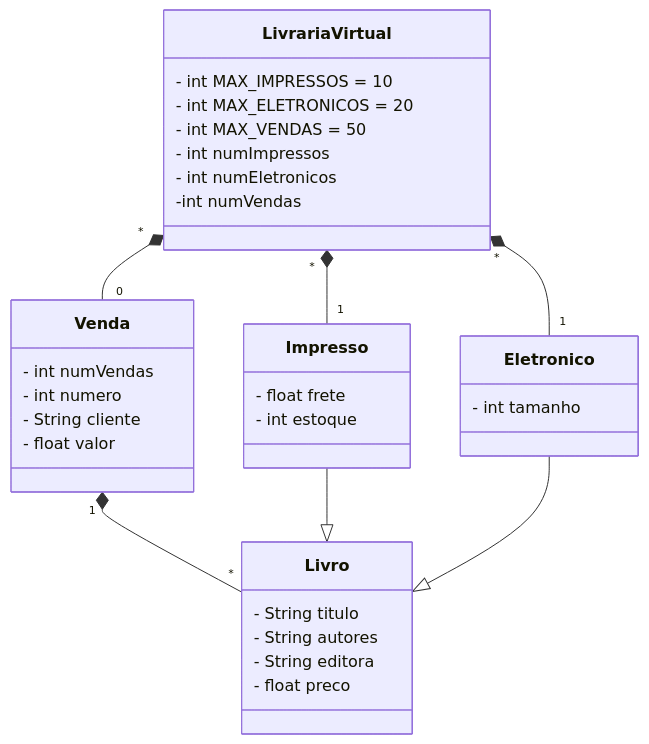
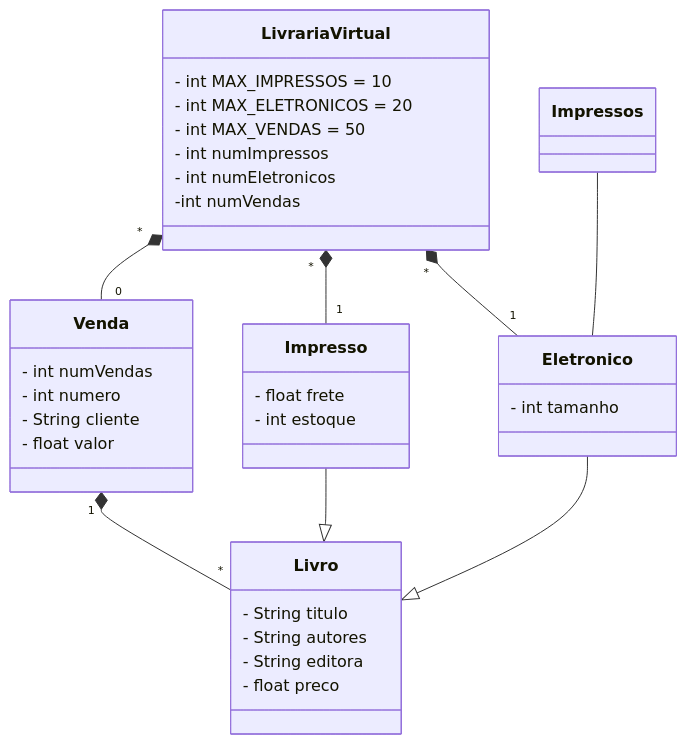
Before and after one commit to DevTrail-Squad-4/Desafiodalivraria: the diagram in README.md, drawn with Mermaid.

````diff
--- a/README.md
+++ b/README.md
@@ -3,41 +3,42 @@
 ```mermaid
 classDiagram
   class LivrariaVirtual {
     - int MAX_IMPRESSOS = 10
     - int MAX_ELETRONICOS = 20
     - int MAX_VENDAS = 50
     - int numImpressos
     - int numEletronicos
 	-int numVendas
   }
 
   class Venda {
     - int numVendas
     - int numero
     - String cliente
     - float valor
   }
 
   class Impresso {
     - float frete
     - int estoque
   }
 
   class Eletronico {
     - int tamanho
   }
 
   class Livro {
     - String titulo
     - String autores
     - String editora
     - float preco
   }
 
   LivrariaVirtual "*" *-- "0" Venda
   LivrariaVirtual "*" *-- "1" Impresso
   LivrariaVirtual "*" *-- "1" Eletronico
   Venda "1" *-- "*" Livro
 Impresso --|> Livro
     Eletronico --|> Livro
+Impressos -- Eletronico
 ```
````
